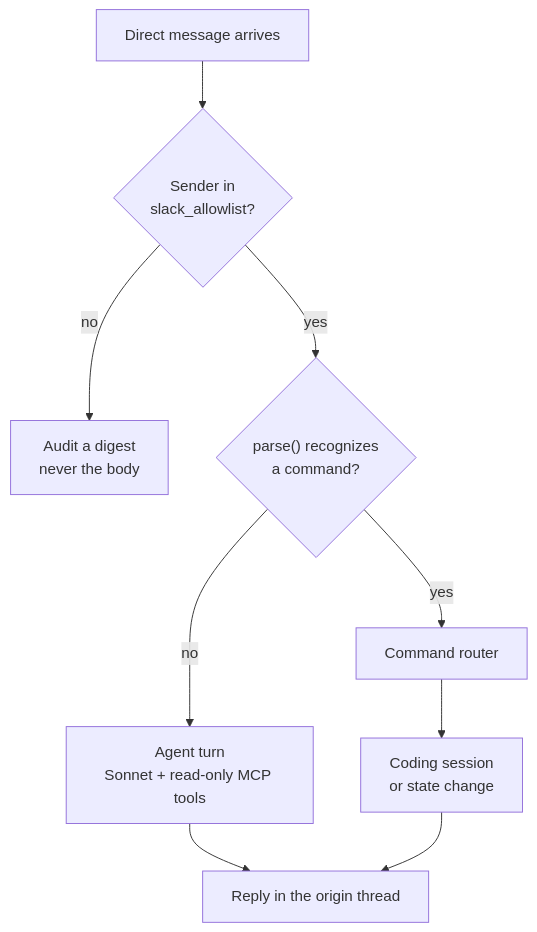
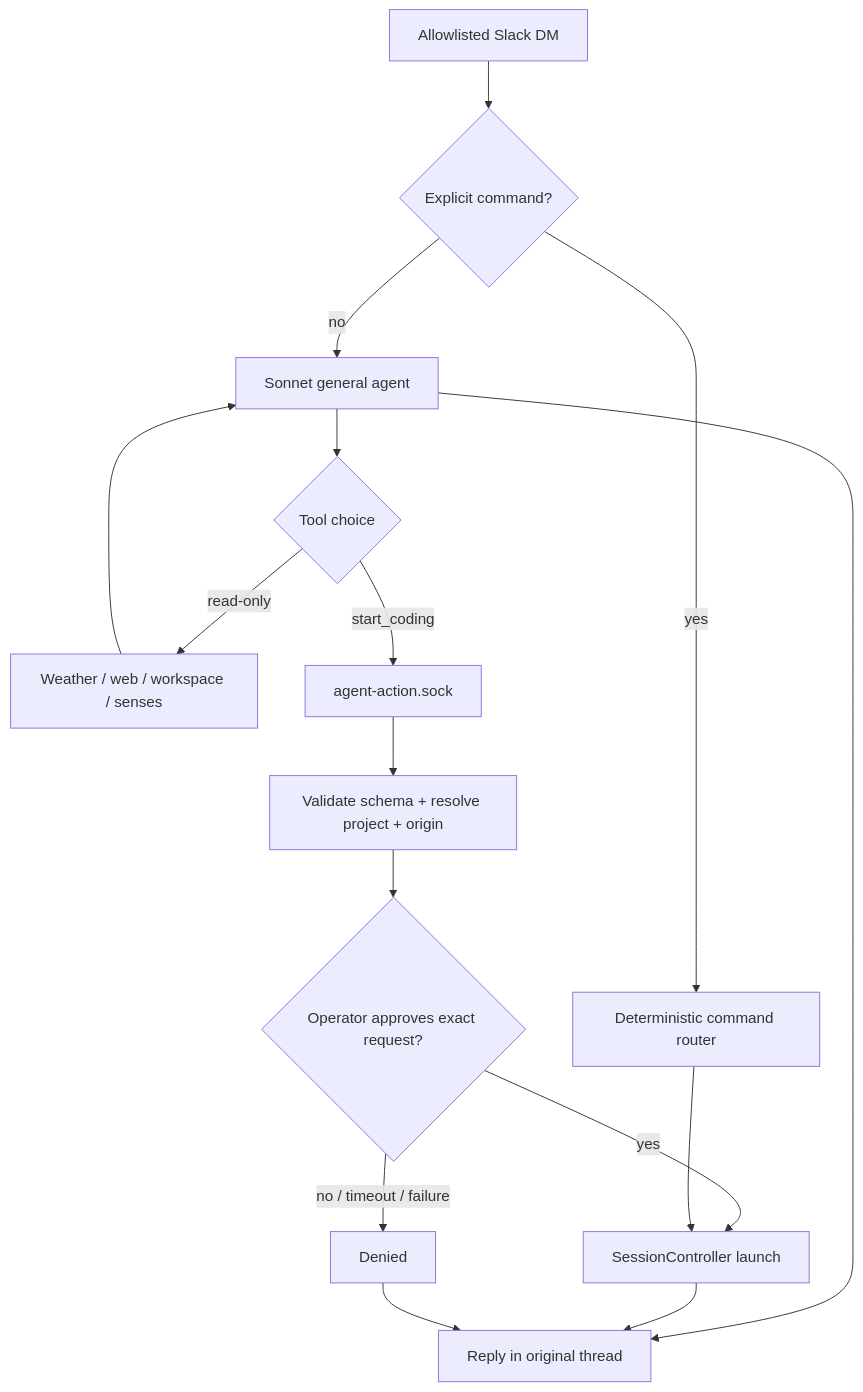
Before and after one commit to randyren278/iris: the third of 4 diagrams in docs/ARCHITECTURE.md, drawn with Mermaid. The commit also changed other lines of this file, not shown here.

````diff
--- a/docs/ARCHITECTURE.md
+++ b/docs/ARCHITECTURE.md
@@ -99,11 +90,18 @@
 ```mermaid
 flowchart TD
-    dm["Direct message arrives"] --> allow{"Sender in<br/>slack_allowlist?"}
-    allow -- no --> drop["Audit a digest<br/>never the body"]
-    allow -- yes --> parse{"parse() recognizes<br/>a command?"}
-    parse -- no --> talk["Agent turn<br/>Sonnet + read-only MCP tools"]
-    parse -- yes --> route["Command router"]
-    talk --> reply["Reply in the origin thread"]
-    route --> session["Coding session<br/>or state change"]
+    dm["Allowlisted Slack DM"] --> parse{"Explicit command?"}
+    parse -- "yes" --> router["Deterministic command router"]
+    parse -- "no" --> agent["Sonnet general agent"]
+    agent --> read{"Tool choice"}
+    read -- "read-only" --> data["Weather / web / workspace / senses"]
+    data --> agent
+    read -- "start_coding" --> action["agent-action.sock"]
+    action --> validate["Validate schema + resolve project + origin"]
+    validate --> approve{"Operator approves exact request?"}
+    approve -- "no / timeout / failure" --> denied["Denied"]
+    approve -- "yes" --> session["SessionController launch"]
+    router --> session
+    agent --> reply["Reply in original thread"]
     session --> reply
+    denied --> reply
 ```
````
